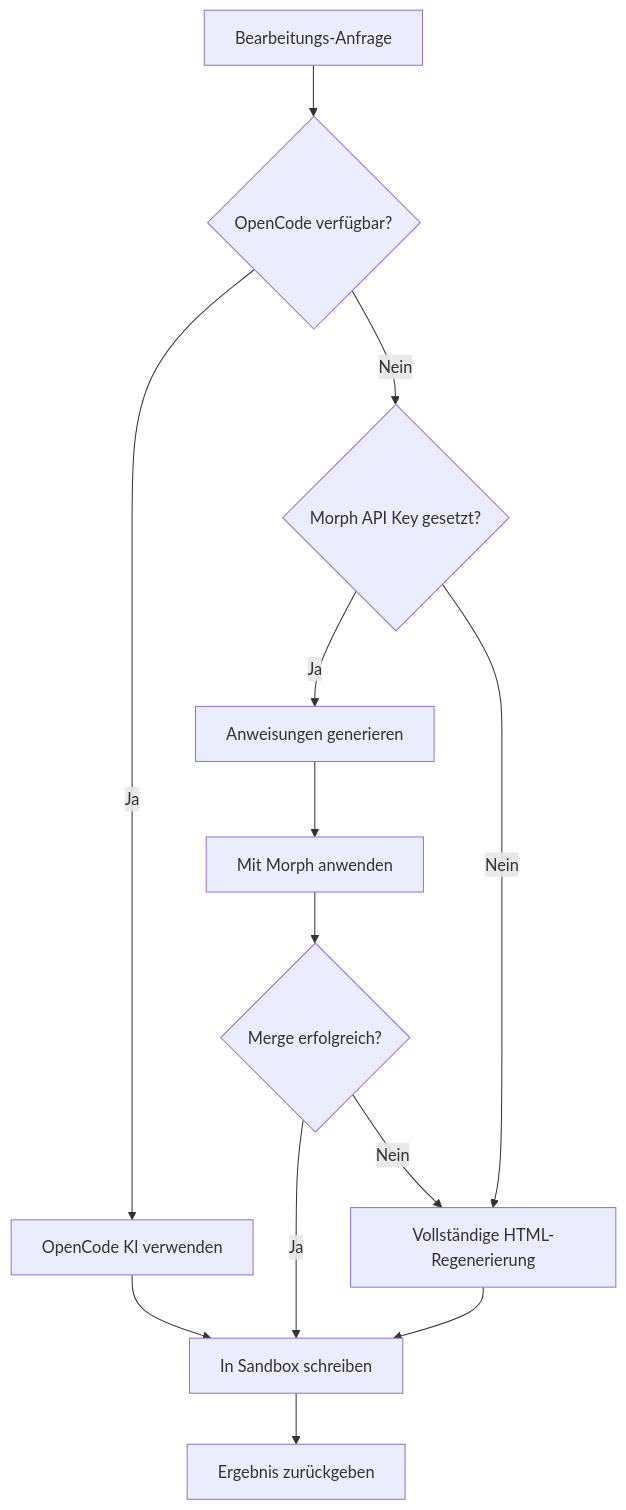
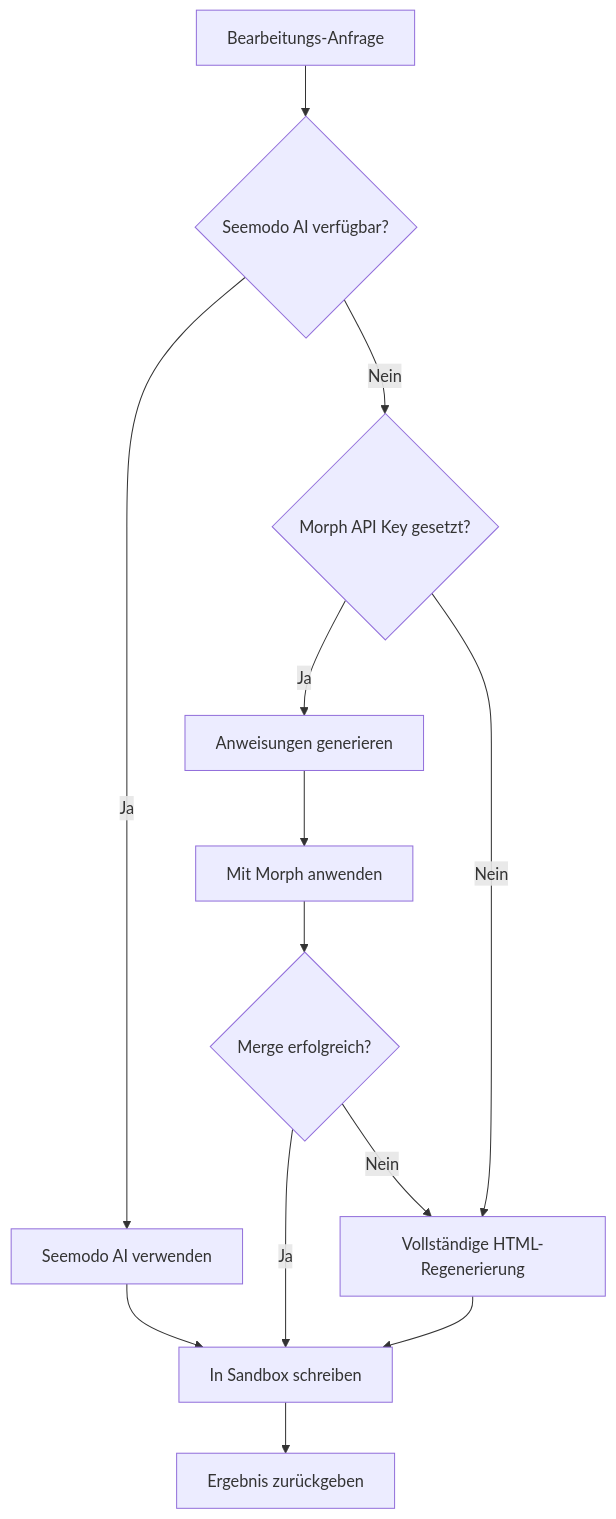
Before and after one commit to Seemodo/docs: the diagram in de/api-reference/endpoint/edit-screen.mdx, drawn with Mermaid. The commit also changed other lines of this file and 23 other files, not shown here.

Commit message:
Update documentation to replace all instances of "OpenCode" with "Seemodo AI" across multiple files, including AGENTS.md, README.md, and various API reference documents, ensuring consistency with the new branding.

````diff
--- a/de/api-reference/endpoint/edit-screen.mdx
+++ b/de/api-reference/endpoint/edit-screen.mdx
@@ -110,15 +110,15 @@
 ```mermaid
 flowchart TD
-    A[Bearbeitungs-Anfrage] --> B{OpenCode verfügbar?}
-    B -->|Ja| C[OpenCode KI verwenden]
+    A[Bearbeitungs-Anfrage] --> B{Seemodo AI verfügbar?}
+    B -->|Ja| C[Seemodo AI verwenden]
     B -->|Nein| D{Morph API Key gesetzt?}
     C --> E[In Sandbox schreiben]
     D -->|Ja| F[Anweisungen generieren]
     D -->|Nein| G[Vollständige HTML-Regenerierung]
     F --> H[Mit Morph anwenden]
     H --> I{Merge erfolgreich?}
     I -->|Ja| E
     I -->|Nein| G
     G --> E
     E --> J[Ergebnis zurückgeben]
 ```
````
